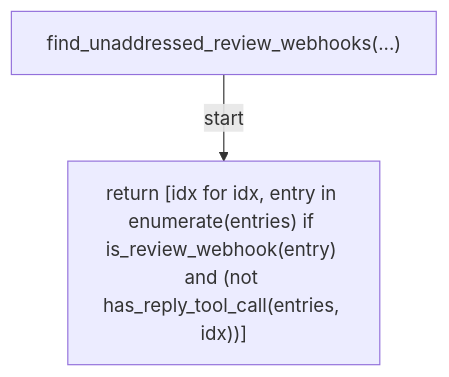
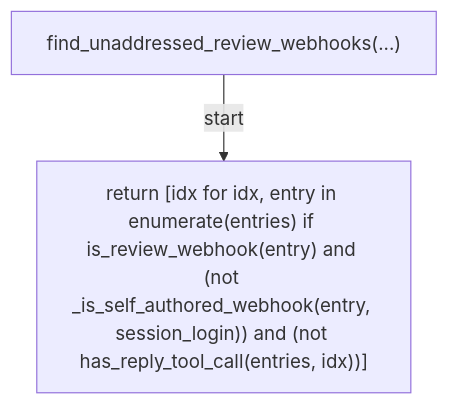
The eighth of 11 diagrams in docs/generated/scripts/ast/gate_stop_pr_review_reply.md (tvna/claude-md), drawn with Mermaid before and after one commit. The commit also changed other lines of this file and 3 other files, not shown here.

First line of the commit message:
docs(generated): regenerate decision tree and workflow diagrams

````diff
--- a/docs/generated/scripts/ast/gate_stop_pr_review_reply.md
+++ b/docs/generated/scripts/ast/gate_stop_pr_review_reply.md
@@ -121,6 +159,6 @@
 ```mermaid
 flowchart TD
     N001["find_unaddressed_review_webhooks(...)"]
-    N002["return [idx for idx, entry in enumerate(entries) if is_review_webhook(entry) and (not has_reply_tool_call(entries, idx))]"]
+    N002["return [idx for idx, entry in enumerate(entries) if is_review_webhook(entry) and (not _is_self_authored_webhook(entry, session_login)) and (not has_reply_tool_call(entries, idx))]"]
     N001 -->|"start"| N002
 ```
````
